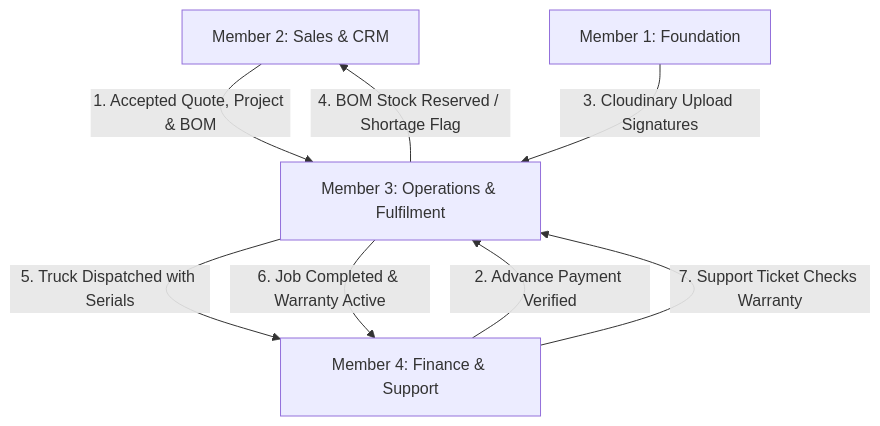
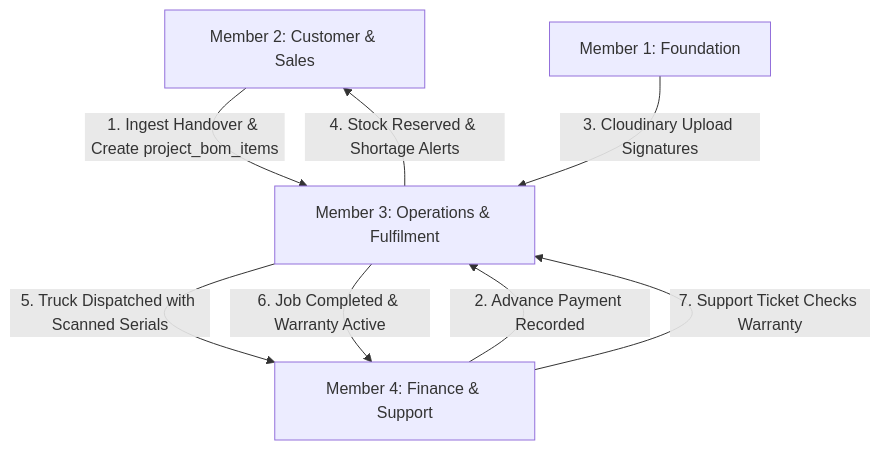
One commit to rukminiraut412/Solar-Installation-Manegement-System changed the third of 3 diagrams in docs/contracts/operations.md. Above: the diagram before and after it, drawn with Mermaid. The commit also changed other lines of this file, not shown here.

Commit message:
docs(contracts): complete Phase 0 cross-module integration with customer-sales and support-finance

````diff
--- a/docs/contracts/operations.md
+++ b/docs/contracts/operations.md
@@ -812,10 +958,10 @@
 ```mermaid
 flowchart TD
-    M2[Member 2: Sales & CRM] -->|1. Accepted Quote, Project & BOM| M3[Member 3: Operations & Fulfilment]
-    M4[Member 4: Finance & Support] -->|2. Advance Payment Verified| M3
+    M2[Member 2: Customer & Sales] -->|1. Ingest Handover & Create project_bom_items| M3[Member 3: Operations & Fulfilment]
+    M4[Member 4: Finance & Support] -->|2. Advance Payment Recorded| M3
     M1[Member 1: Foundation] -->|3. Cloudinary Upload Signatures| M3
-    M3 -->|4. BOM Stock Reserved / Shortage Flag| M2
-    M3 -->|5. Truck Dispatched with Serials| M4
+    M3 -->|4. Stock Reserved & Shortage Alerts| M2
+    M3 -->|5. Truck Dispatched with Scanned Serials| M4
     M3 -->|6. Job Completed & Warranty Active| M4
     M4 -->|7. Support Ticket Checks Warranty| M3
 ```
````
